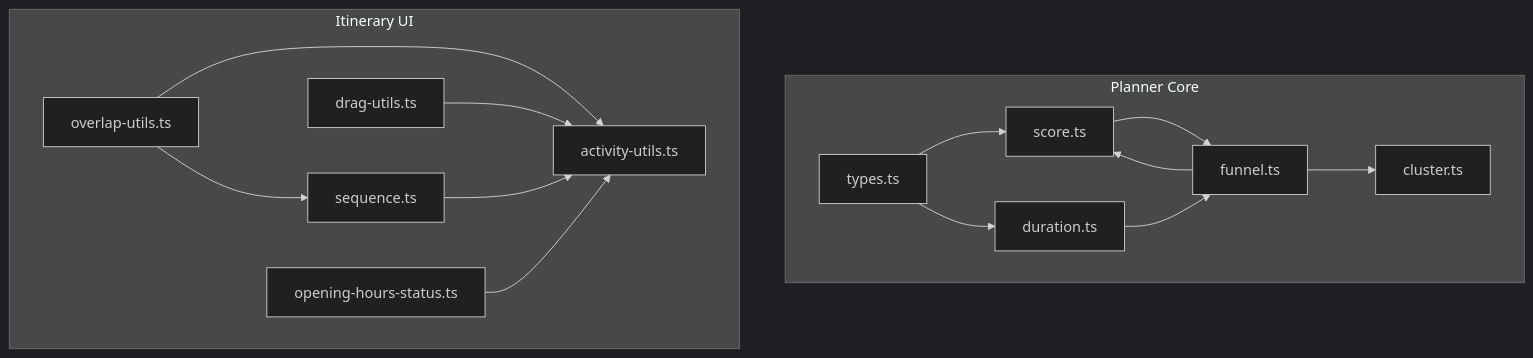
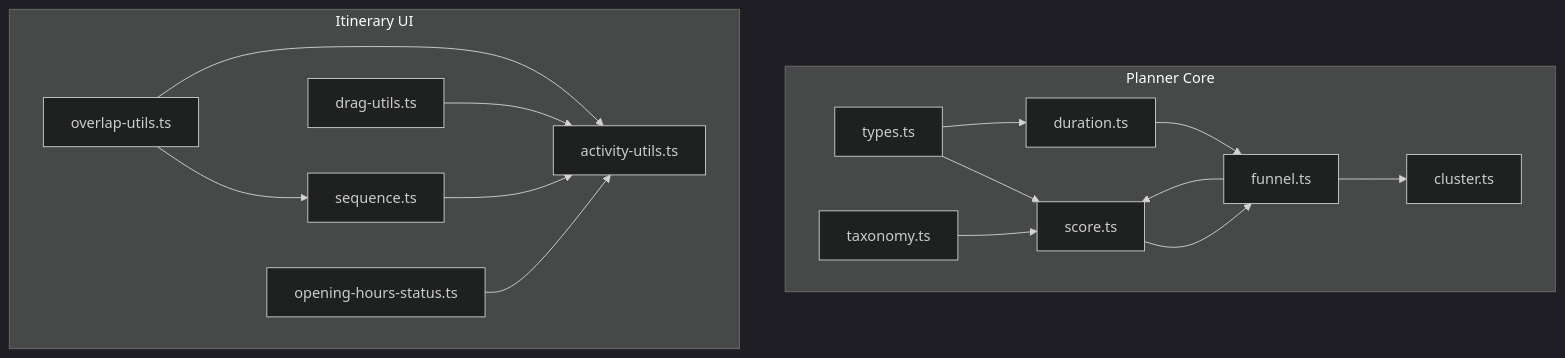
One commit to Meaetin/alibaba-hackathon changed the first of 9 diagrams in .qoder/repowiki/en/content/Core Features/Itinerary Planning/AI-Powered Route Optimization.md. Above: the diagram before and after it, drawn with Mermaid (dark theme). The commit also changed other lines of this file and 211 other files, not shown here.

````diff
--- a/.qoder/repowiki/en/content/Core Features/Itinerary Planning/AI-Powered Route Optimization.md
+++ b/.qoder/repowiki/en/content/Core Features/Itinerary Planning/AI-Powered Route Optimization.md
@@ -37,28 +57,30 @@
 ```mermaid
 graph TB
 subgraph "Planner Core"
 S["score.ts"]
 F["funnel.ts"]
 C["cluster.ts"]
 D["duration.ts"]
 T["types.ts"]
+X["taxonomy.ts"]
 end
 subgraph "Itinerary UI"
 O["overlap-utils.ts"]
 G["drag-utils.ts"]
 Q["sequence.ts"]
 A["activity-utils.ts"]
 H["opening-hours-status.ts"]
 end
 S --> F
 F --> C
 F --> S
 D --> F
 T --> S
 T --> D
+X --> S
 O --> A
 O --> Q
 G --> A
 Q --> A
 H --> A
 ```
````
